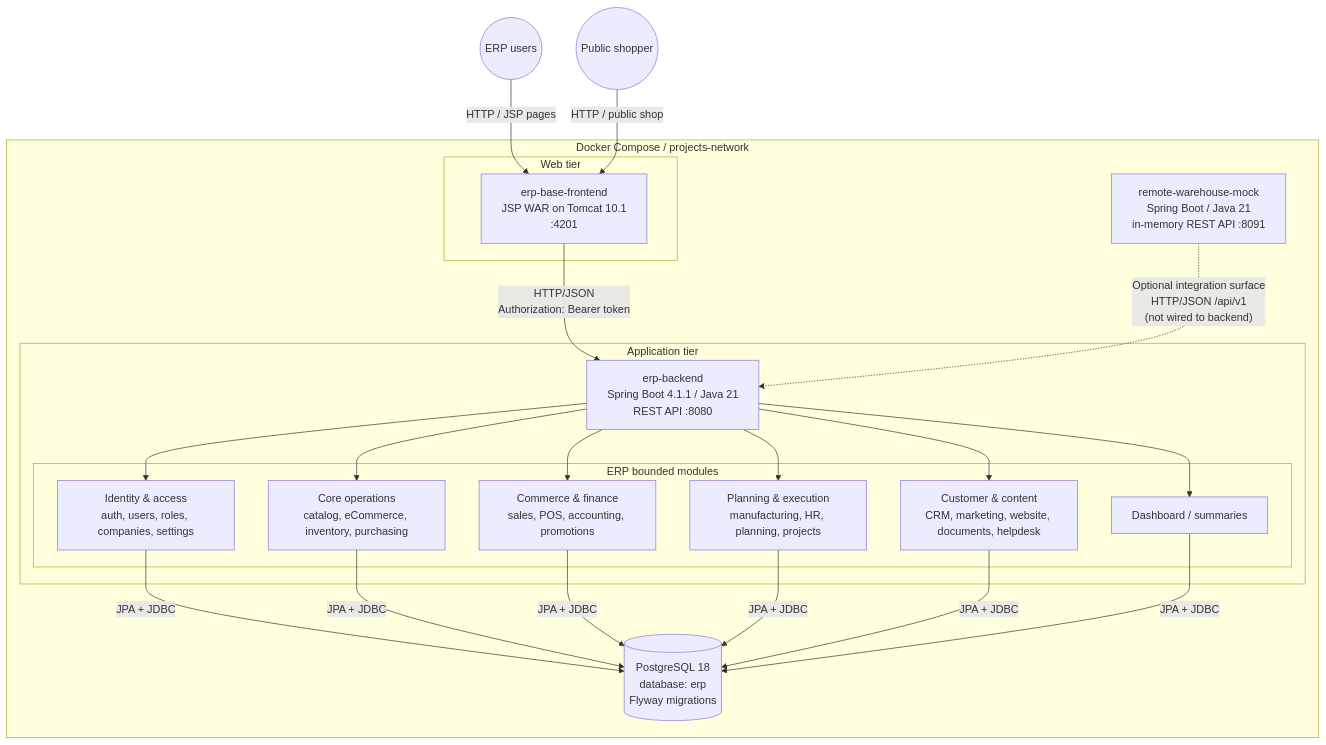
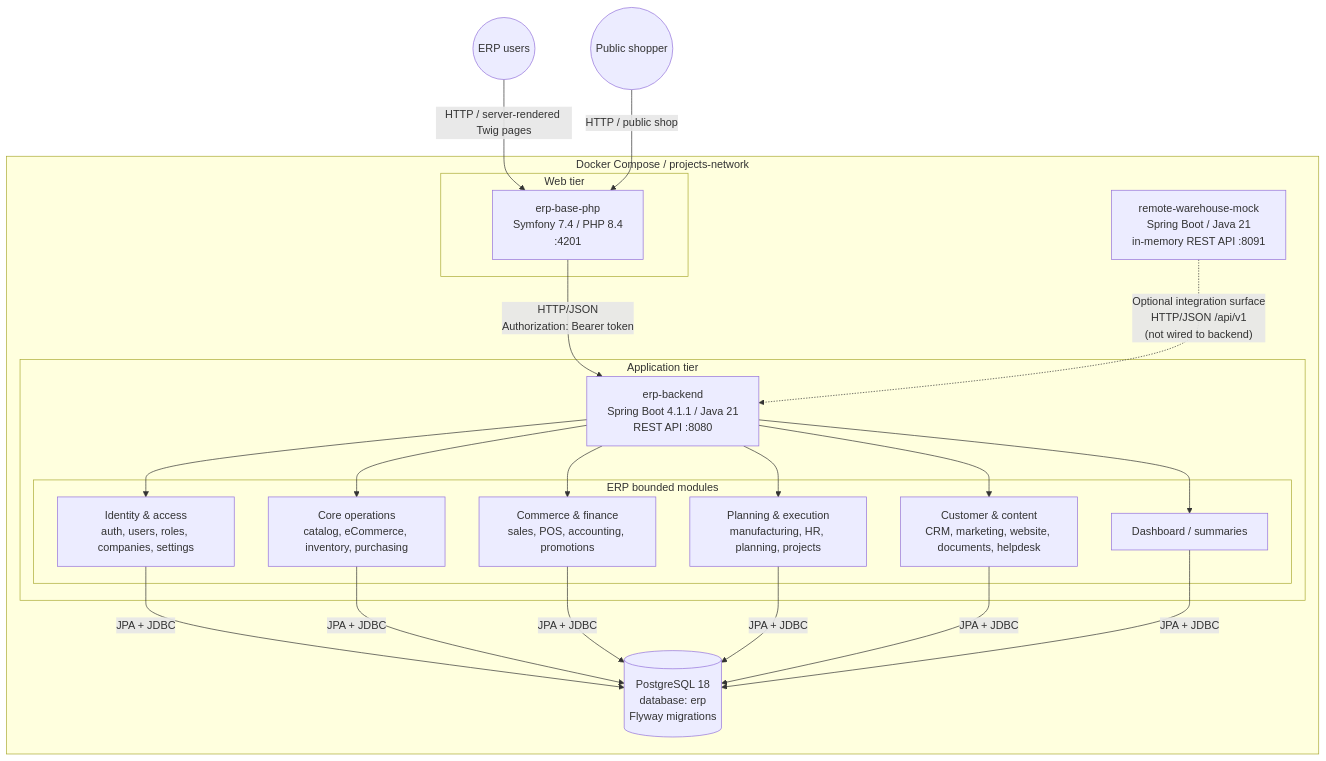
The first of 2 diagrams in ARCHITECTURE.md (vitasmir/ERP), drawn with Mermaid before and after one commit. The commit also changed other lines of this file and 112 other files, not shown here.

````diff
--- a/ARCHITECTURE.md
+++ b/ARCHITECTURE.md
@@ -8,48 +8,48 @@
 ```mermaid
 flowchart TB
     user((ERP users))
     shopper((Public shopper))
 
     subgraph compose["Docker Compose / projects-network"]
         subgraph edge["Web tier"]
-            frontend["erp-base-frontend<br/>JSP WAR on Tomcat 10.1<br/>:4201"]
+            frontend["erp-base-php<br/>Symfony 7.4 / PHP 8.4<br/>:4201"]
         end
 
         subgraph application["Application tier"]
             backend["erp-backend<br/>Spring Boot 4.1.1 / Java 21<br/>REST API :8080"]
 
             subgraph modules["ERP bounded modules"]
                 identity["Identity & access<br/>auth, users, roles, companies, settings"]
                 core["Core operations<br/>catalog, eCommerce, inventory, purchasing"]
                 commerce["Commerce & finance<br/>sales, POS, accounting, promotions"]
                 delivery["Planning & execution<br/>manufacturing, HR, planning, projects"]
                 engagement["Customer & content<br/>CRM, marketing, website, documents, helpdesk"]
                 dashboard["Dashboard / summaries"]
             end
         end
 
         db[("PostgreSQL 18<br/>database: erp<br/>Flyway migrations")]
 
         warehouse["remote-warehouse-mock<br/>Spring Boot / Java 21<br/>in-memory REST API :8091"]
     end
 
-    user -->|"HTTP / JSP pages"| frontend
+    user -->|"HTTP / server-rendered Twig pages"| frontend
     shopper -->|"HTTP / public shop"| frontend
     frontend -->|"HTTP/JSON<br/>Authorization: Bearer token"| backend
 
     backend --> identity
     backend --> core
     backend --> commerce
     backend --> delivery
     backend --> engagement
     backend --> dashboard
 
     identity -->|"JPA + JDBC"| db
     core -->|"JPA + JDBC"| db
     commerce -->|"JPA + JDBC"| db
     delivery -->|"JPA + JDBC"| db
     engagement -->|"JPA + JDBC"| db
     dashboard -->|"JPA + JDBC"| db
 
     warehouse -.->|"Optional integration surface<br/>HTTP/JSON /api/v1<br/>(not wired to backend)"| backend
 ```
````
